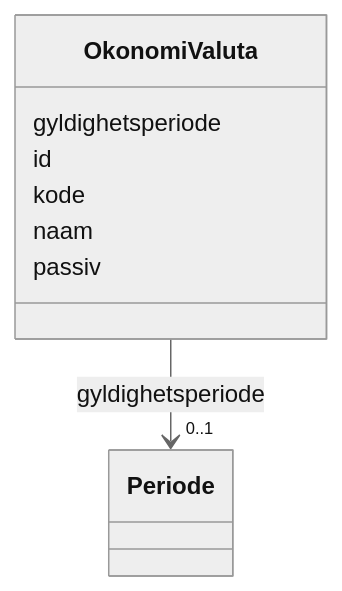
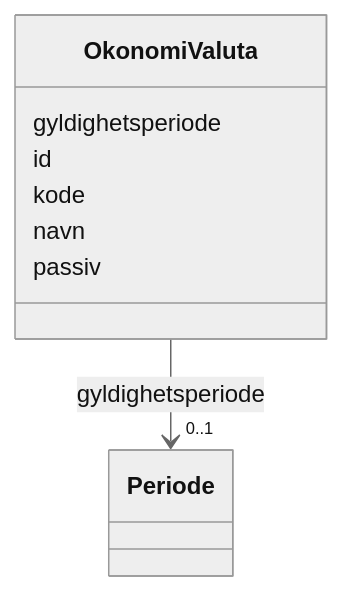
One commit to brreg/linkml-w3c-no-profiles changed the diagram in mkdocs/docs/fint/fint-okonomi/klasser/okonomivaluta.md. Above: the diagram before and after it, drawn with Mermaid (neutral theme). The commit also changed other lines of this file and 391 other files, not shown here.

````diff
--- a/mkdocs/docs/fint/fint-okonomi/klasser/okonomivaluta.md
+++ b/mkdocs/docs/fint/fint-okonomi/klasser/okonomivaluta.md
@@ -18,25 +18,25 @@
 ```mermaid
  classDiagram
     class OkonomiValuta
     click OkonomiValuta href "../OkonomiValuta/"
       OkonomiValuta : gyldighetsperiode
         
           
     
         
         
         OkonomiValuta --> "0..1" Periode : gyldighetsperiode
         click Periode href "../Periode/"
     
 
         
       OkonomiValuta : id
         
       OkonomiValuta : kode
         
-      OkonomiValuta : naam
+      OkonomiValuta : navn
         
       OkonomiValuta : passiv
         
       
 ```
````
